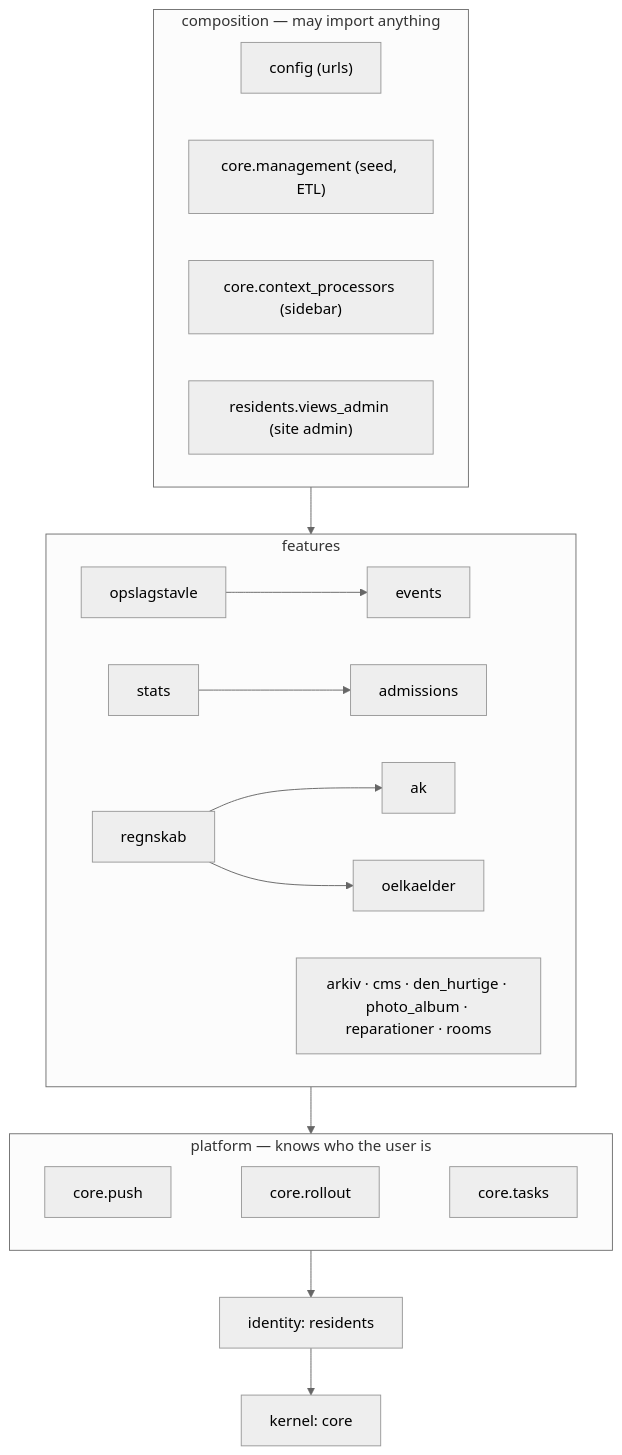
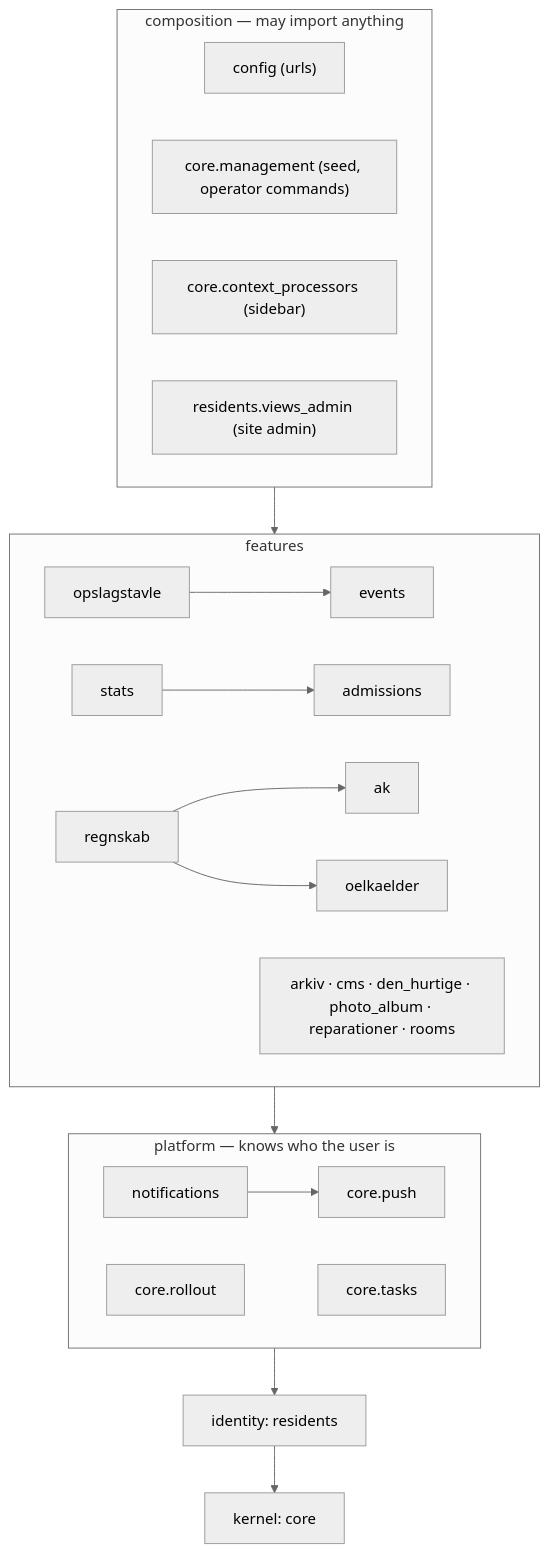
One commit to GAHK-org/gahk_intern changed the diagram in docs/domain-boundaries.md. Above: the diagram before and after it, drawn with Mermaid (neutral theme). The commit also changed other lines of this file and 35 other files, not shown here.

````diff
--- a/docs/domain-boundaries.md
+++ b/docs/domain-boundaries.md
@@ -17,21 +17,22 @@
 ```mermaid
 flowchart TD
     subgraph composition["composition — may import anything"]
         config["config (urls)"]
-        mgmt["core.management (seed, ETL)"]
+        mgmt["core.management (seed, operator commands)"]
         ctx["core.context_processors (sidebar)"]
         siteadmin["residents.views_admin (site admin)"]
     end
     subgraph features
         opslagstavle --> events
         stats --> admissions
         regnskab --> ak & oelkaelder
         others["arkiv · cms · den_hurtige · photo_album · reparationer · rooms"]
     end
     subgraph platform["platform — knows who the user is"]
-        push["core.push"] ~~~ rollout["core.rollout"] ~~~ tasks["core.tasks"]
+        notifications --> push["core.push"]
+        rollout["core.rollout"] ~~~ tasks["core.tasks"]
     end
     identity["identity: residents"]
     kernel["kernel: core"]
     composition --> features --> platform --> identity --> kernel
 ```
````
